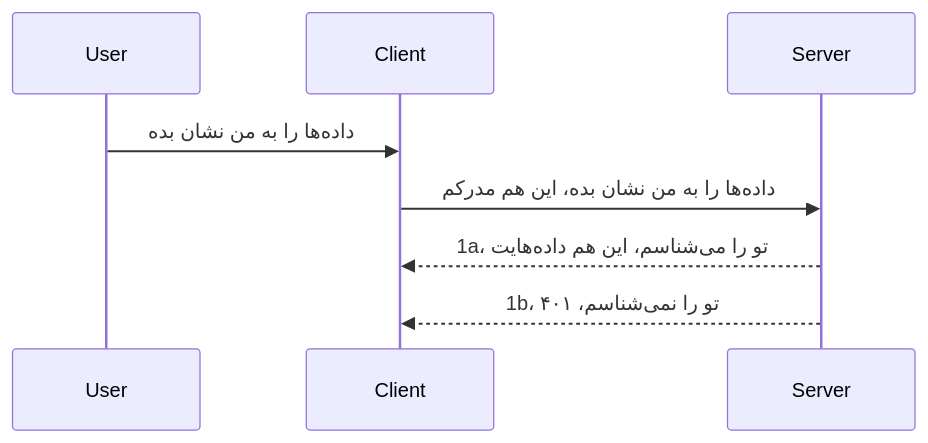
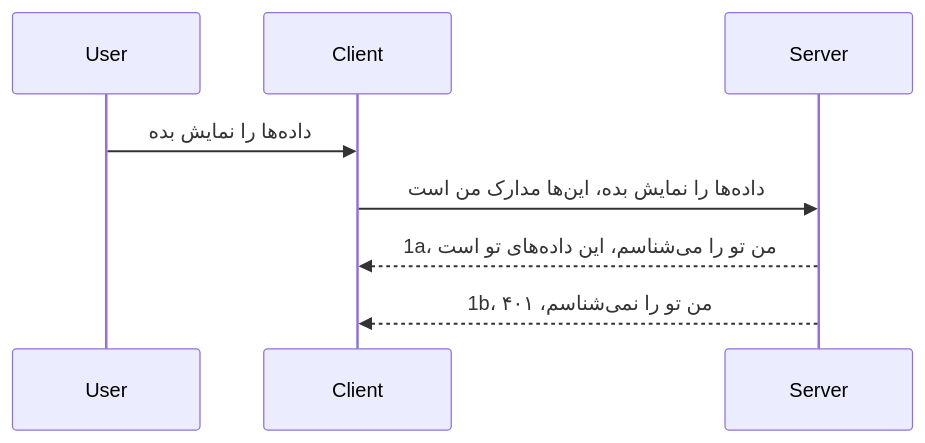
Before and after one commit to HIDORAKAI002/ai-workspace-archive: the diagram in mcp_ecosystem__model_context_protocol/mcp_learning_resources/mcp-for-beginners/translations/fa/03-GettingStarted/11-simple-auth/README.md, drawn with Mermaid. The commit also changed other lines of this file and 1160 other files, not shown here.

````diff
--- a/mcp_ecosystem__model_context_protocol/mcp_learning_resources/mcp-for-beginners/translations/fa/03-GettingStarted/11-simple-auth/README.md
+++ b/mcp_ecosystem__model_context_protocol/mcp_learning_resources/mcp-for-beginners/translations/fa/03-GettingStarted/11-simple-auth/README.md
@@ -24,11 +24,11 @@
 ```mermaid
 sequenceDiagram
    participant User
    participant Client
    participant Server
 
-   User->>Client: داده‌ها را به من نشان بده
-   Client->>Server: داده‌ها را به من نشان بده، این هم مدرکم
-   Server-->>Client: 1a، تو را می‌شناسم، این هم داده‌هایت
-   Server-->>Client: 1b، تو را نمی‌شناسم، ۴۰۱
+   User->>Client: داده‌ها را نمایش بده
+   Client->>Server: داده‌ها را نمایش بده، این‌ها مدارک من است
+   Server-->>Client: 1a، من تو را می‌شناسم، این داده‌های تو است
+   Server-->>Client: 1b، من تو را نمی‌شناسم، ۴۰۱ 
 ```  
````
